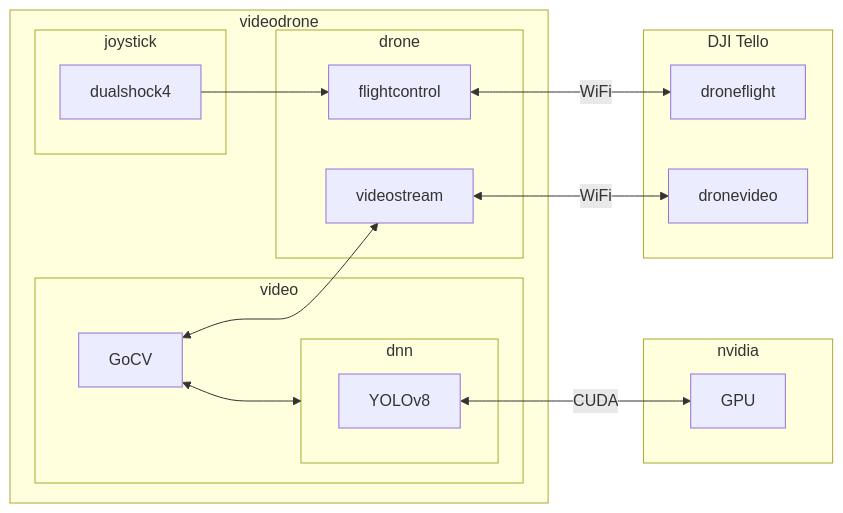
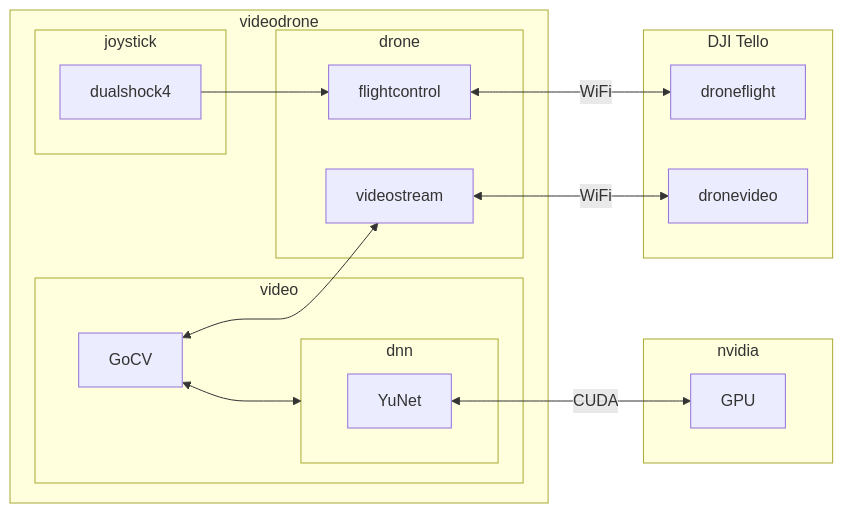
The diagram in diagrams/videodrone.md (deadprogram/golab-2024), drawn with Mermaid before and after one commit. The commit also changed 13 other files, not shown here.

````diff
--- a/diagrams/videodrone.md
+++ b/diagrams/videodrone.md
@@ -1,25 +1,25 @@
 ```mermaid
 flowchart LR
 subgraph videodrone
     subgraph joystick
         dualshock4
     end
     subgraph video
         GoCV<-->dnn
     end
     subgraph dnn
-        YOLOv8
+        YuNet
     end
     subgraph drone
         dualshock4-->flightcontrol
         GoCV<-->videostream
     end
 end
 subgraph nvidia
-    YOLOv8<-- CUDA -->GPU
+    YuNet<-- CUDA -->GPU
 end
 subgraph DJI Tello
     flightcontrol<-- WiFi -->droneflight
     videostream<-- WiFi -->dronevideo
 end
 ```
````
